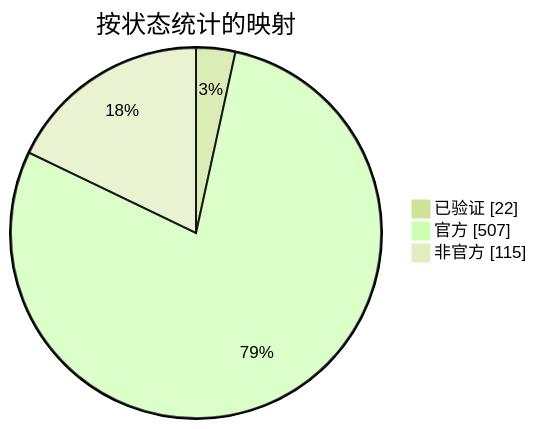
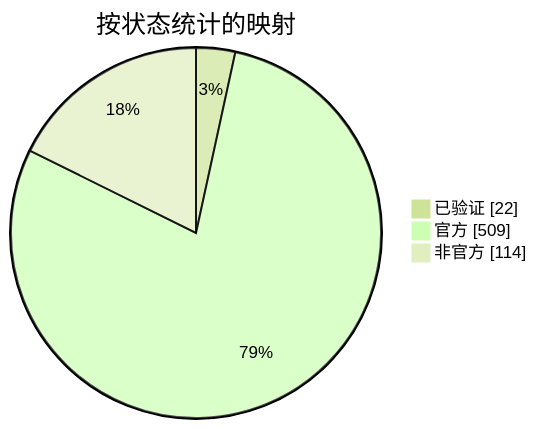
Before and after one commit to nobrega8/mbmap-library: the diagram in docs/readme/README_ZHS.md, drawn with Mermaid (forest theme). The commit also changed 7 other files, not shown here.

````diff
--- a/docs/readme/README_ZHS.md
+++ b/docs/readme/README_ZHS.md
@@ -54,7 +54,7 @@
 ```mermaid
 pie showData
     title 按状态统计的映射
     "已验证" : 22
-    "官方" : 507
-    "非官方" : 115
+    "官方" : 509
+    "非官方" : 114
 ```
````
